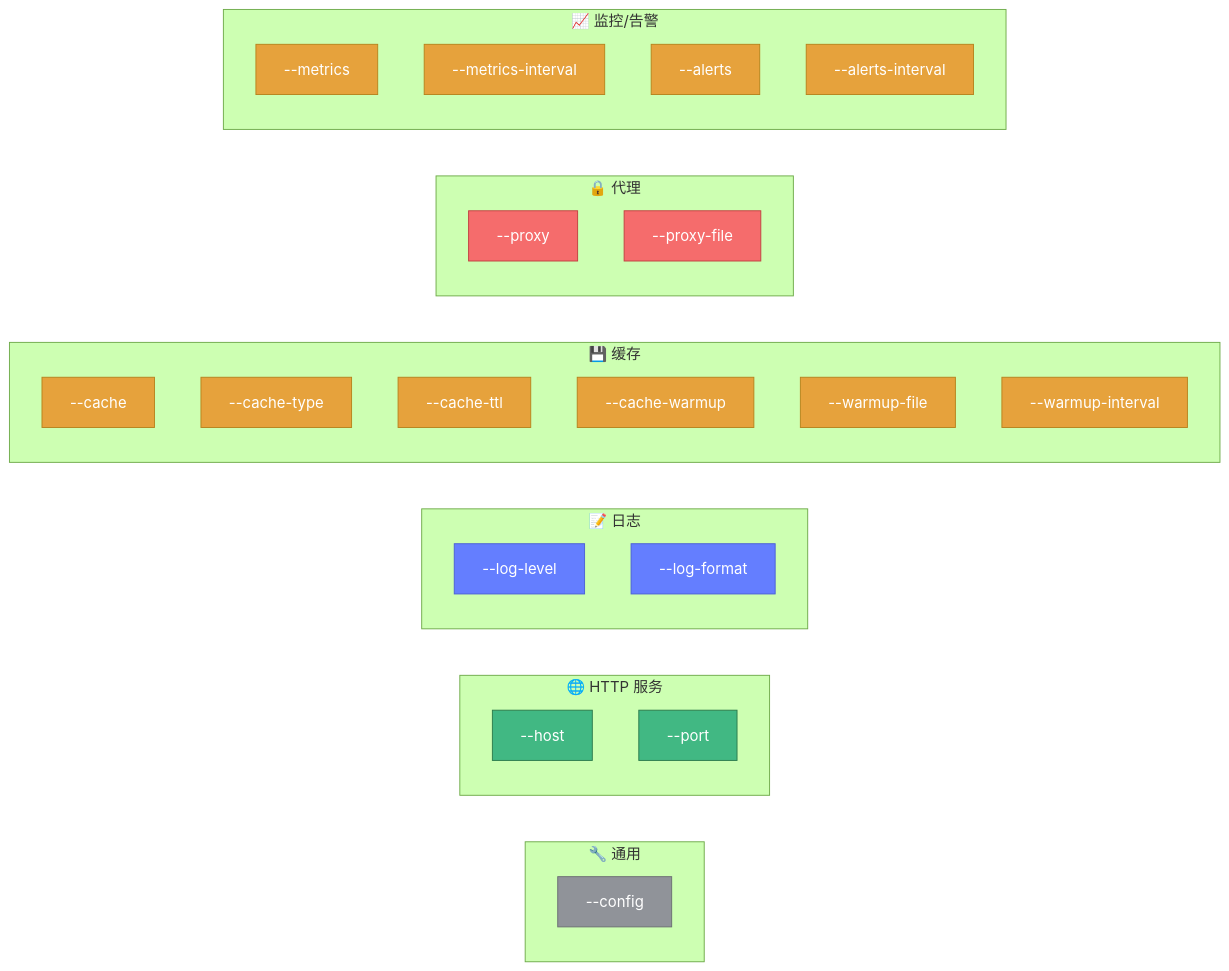
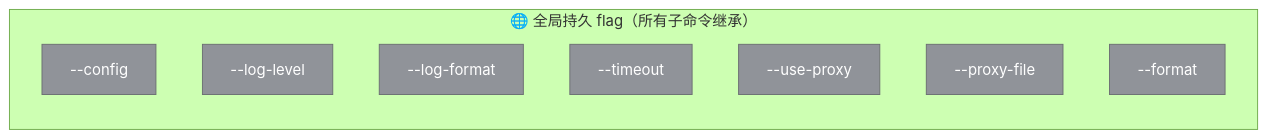
One commit to cyberspacesec/whois-skills changed the first of 2 diagrams in website/cli/flags.md. Above: the diagram before and after it, drawn with Mermaid (forest theme). The commit also changed other lines of this file and 21 other files, not shown here.

````diff
--- a/website/cli/flags.md
+++ b/website/cli/flags.md
@@ -39,45 +53,15 @@
 ```mermaid
 flowchart LR
-    subgraph 通用["🔧 通用"]
+    subgraph Global["🌐 全局持久 flag（所有子命令继承）"]
         Config["--config"]
-    end
-    subgraph HTTP["🌐 HTTP 服务"]
-        Host["--host"]
-        Port["--port"]
-    end
-    subgraph Log["📝 日志"]
         LL["--log-level"]
         LF["--log-format"]
-    end
-    subgraph Cache["💾 缓存"]
-        C1["--cache"]
-        C2["--cache-type"]
-        C3["--cache-ttl"]
-        C4["--cache-warmup"]
-        C5["--warmup-file"]
-        C6["--warmup-interval"]
-    end
-    subgraph Proxy["🔒 代理"]
-        P1["--proxy"]
-        P2["--proxy-file"]
-    end
-    subgraph Obs["📈 监控/告警"]
-        M1["--metrics"]
-        M2["--metrics-interval"]
-        A1["--alerts"]
-        A2["--alerts-interval"]
+        TO["--timeout"]
+        UP["--use-proxy"]
+        PF["--proxy-file"]
+        FMT["--format"]
     end
 
     classDef g fill:#909399,color:#fff,stroke:#6b6e72
-    classDef h fill:#41b883,color:#fff,stroke:#2b7a4b
-    classDef l fill:#647eff,color:#fff,stroke:#4a5fd6
-    classDef c fill:#e6a23c,color:#fff,stroke:#b7821c
-    classDef p fill:#f56c6c,color:#fff,stroke:#c04040
-    classDef o fill:#e6a23c,color:#fff,stroke:#b7821c
-    class Config g
-    class Host,Port h
-    class LL,LF l
-    class C1,C2,C3,C4,C5,C6 c
-    class P1,P2 p
-    class M1,M2,A1,A2 o
+    class Config,LL,LF,TO,UP,PF,FMT g
 ```
````
